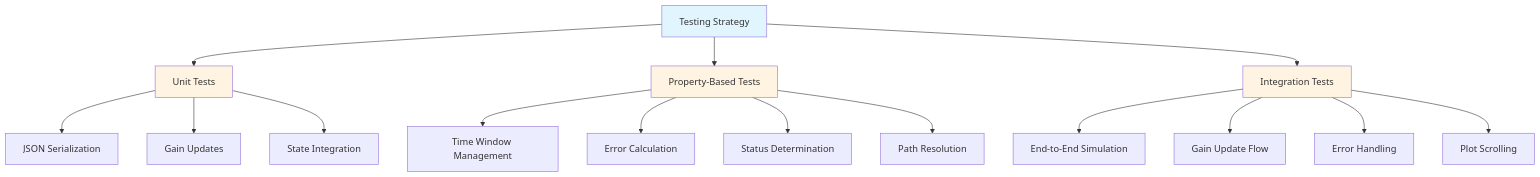
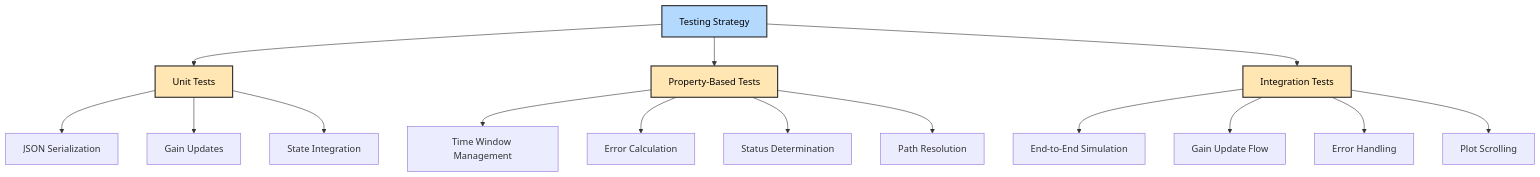
Before and after one commit to chetan0021/monitoring-rotory-valve: the sixth of 6 diagrams in README.md, drawn with Mermaid. The commit also changed other lines of this file, not shown here.

Commit message:
Fix remaining Mermaid diagram text visibility issues

````diff
--- a/README.md
+++ b/README.md
@@ -647,25 +647,25 @@
 ```mermaid
 graph TD
     A[Testing Strategy] --> B[Unit Tests]
     A --> C[Property-Based Tests]
     A --> D[Integration Tests]
     
     B --> B1[JSON Serialization]
     B --> B2[Gain Updates]
     B --> B3[State Integration]
     
     C --> C1[Time Window Management]
     C --> C2[Error Calculation]
     C --> C3[Status Determination]
     C --> C4[Path Resolution]
     
     D --> D1[End-to-End Simulation]
     D --> D2[Gain Update Flow]
     D --> D3[Error Handling]
     D --> D4[Plot Scrolling]
     
-    style A fill:#e1f5ff
-    style B fill:#fff4e1
-    style C fill:#fff4e1
-    style D fill:#fff4e1
+    style A fill:#b3d9ff,stroke:#333,stroke-width:2px,color:#000
+    style B fill:#ffe6b3,stroke:#333,stroke-width:2px,color:#000
+    style C fill:#ffe6b3,stroke:#333,stroke-width:2px,color:#000
+    style D fill:#ffe6b3,stroke:#333,stroke-width:2px,color:#000
 ```
````
